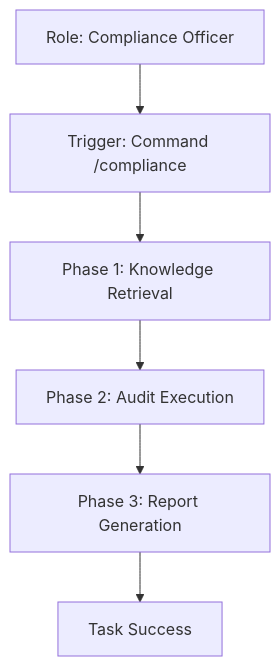
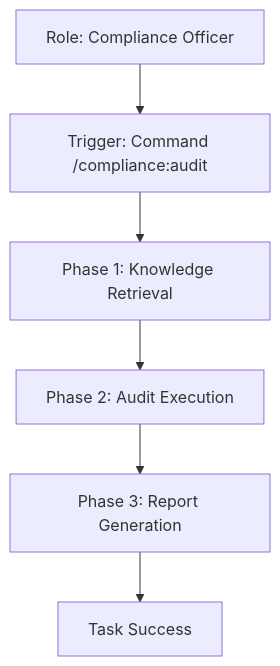
One commit to SouzaEduardoAC/ai-agents changed the diagram in docs/use_cases/regulatory_compliance_audit.md. Above: the diagram before and after it, drawn with Mermaid. The commit also changed 119 other files, not shown here.

First line of the commit message:
feat: overhaul agent architecture with specialized specialists and MCP integration

````diff
--- a/docs/use_cases/regulatory_compliance_audit.md
+++ b/docs/use_cases/regulatory_compliance_audit.md
@@ -12,8 +12,8 @@
 ```mermaid
 graph TD
-    A[Role: Compliance Officer] --> B[Trigger: Command /compliance]
+    A[Role: Compliance Officer] --> B[Trigger: Command /compliance:audit]
     B --> C[Phase 1: Knowledge Retrieval]
     C --> D[Phase 2: Audit Execution]
     D --> E[Phase 3: Report Generation]
     E --> F[Task Success]
 ```
````
